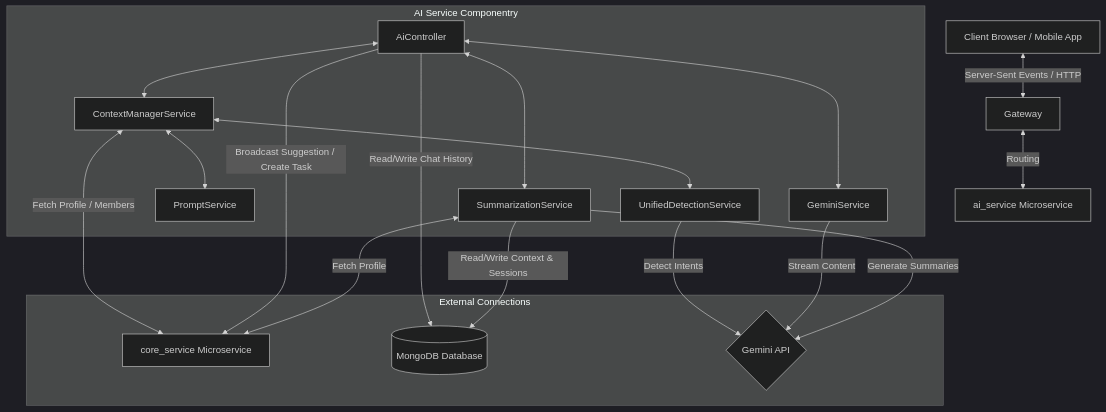
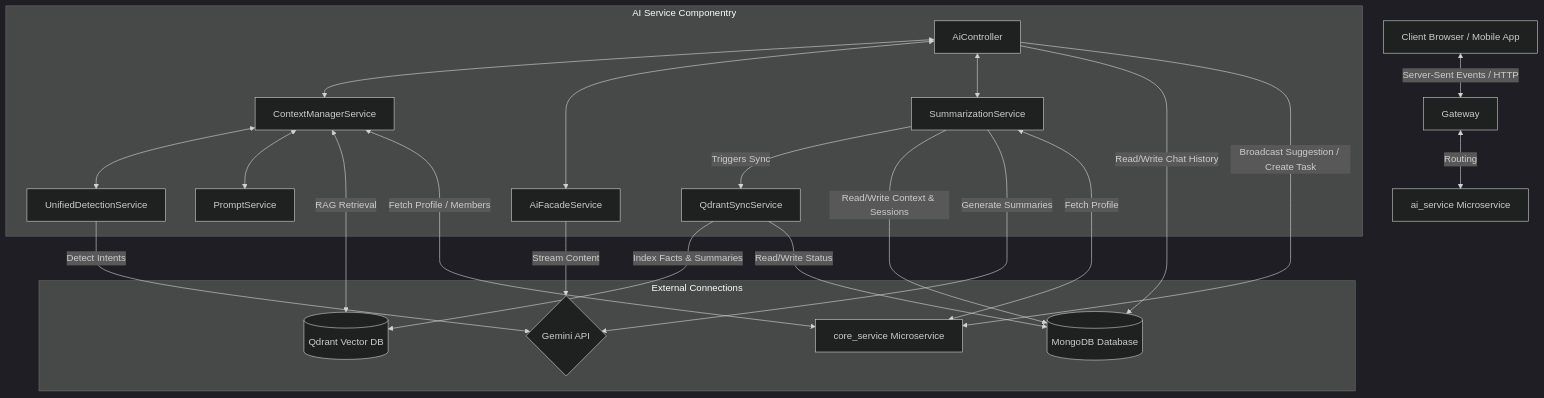
The first of 3 diagrams in docs/ai_chat_architecture.md (pnv-familier/backend), drawn with Mermaid (dark theme) before and after one commit. The commit also changed other lines of this file and 20 other files, not shown here.

Commit message:
refactor(00): update user chat flow to new rag architecture

````diff
--- a/docs/ai_chat_architecture.md
+++ b/docs/ai_chat_architecture.md
@@ -11,38 +11,44 @@
 ```mermaid
 graph TD
     Client[Client Browser / Mobile App] <-->|Server-Sent Events / HTTP| Gateway
     Gateway <-->|Routing| AiService[ai_service Microservice]
     
     subgraph ai_service [AI Service Componentry]
         AiController[AiController]
         ContextManager[ContextManagerService]
         UnifiedDetection[UnifiedDetectionService]
         PromptService[PromptService]
-        GeminiService[GeminiService]
+        AiFacadeService[AiFacadeService]
+        QdrantSync[QdrantSyncService]
         SummarizationService[SummarizationService]
     end
     
     subgraph External Connections
         CoreService[core_service Microservice]
         MongoDB[(MongoDB Database)]
+        Qdrant[(Qdrant Vector DB)]
         GeminiAPI{Gemini API}
     end
 
     AiController <--> ContextManager
     ContextManager <--> UnifiedDetection
     ContextManager <--> PromptService
-    AiController <--> GeminiService
+    AiController <--> AiFacadeService
     AiController <--> SummarizationService
+    ContextManager <-->|RAG Retrieval| Qdrant
+    SummarizationService -->|Triggers Sync| QdrantSync
+    QdrantSync -->|Index Facts & Summaries| Qdrant
+    QdrantSync -->|Read/Write Status| MongoDB
     
     %% Database and External Integrations
     AiController -->|Read/Write Chat History| MongoDB
     SummarizationService -->|Read/Write Context & Sessions| MongoDB
     UnifiedDetection -->|Detect Intents| GeminiAPI
-    GeminiService -->|Stream Content| GeminiAPI
+    AiFacadeService -->|Stream Content| GeminiAPI
     SummarizationService -->|Generate Summaries| GeminiAPI
     
     %% Inter-service Grpc/REST communications
     ContextManager <-->|Fetch Profile / Members| CoreService
     AiController -->|Broadcast Suggestion / Create Task| CoreService
     SummarizationService <-->|Fetch Profile| CoreService
 ```
````
